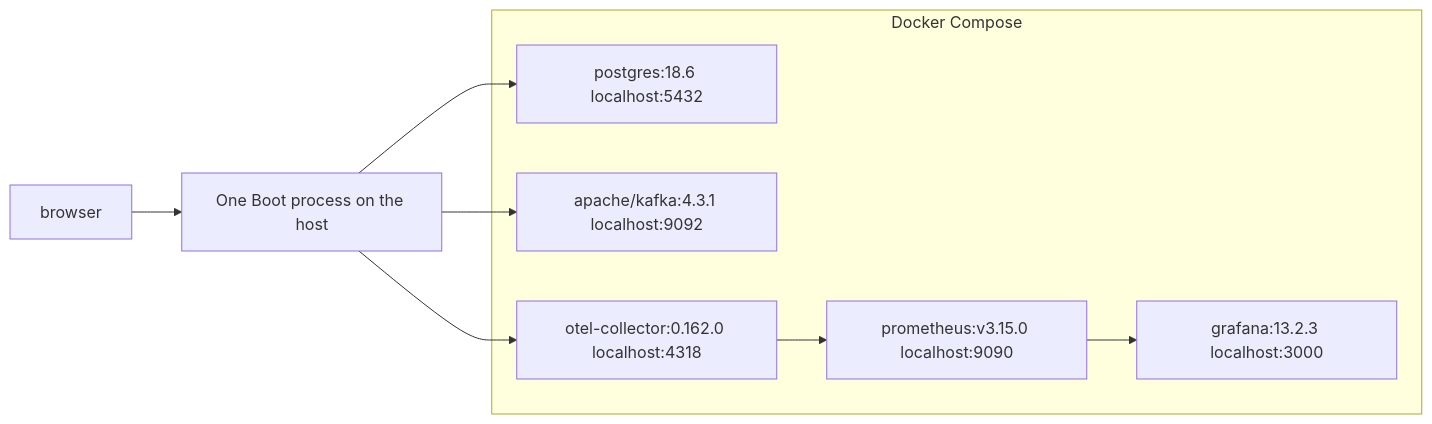
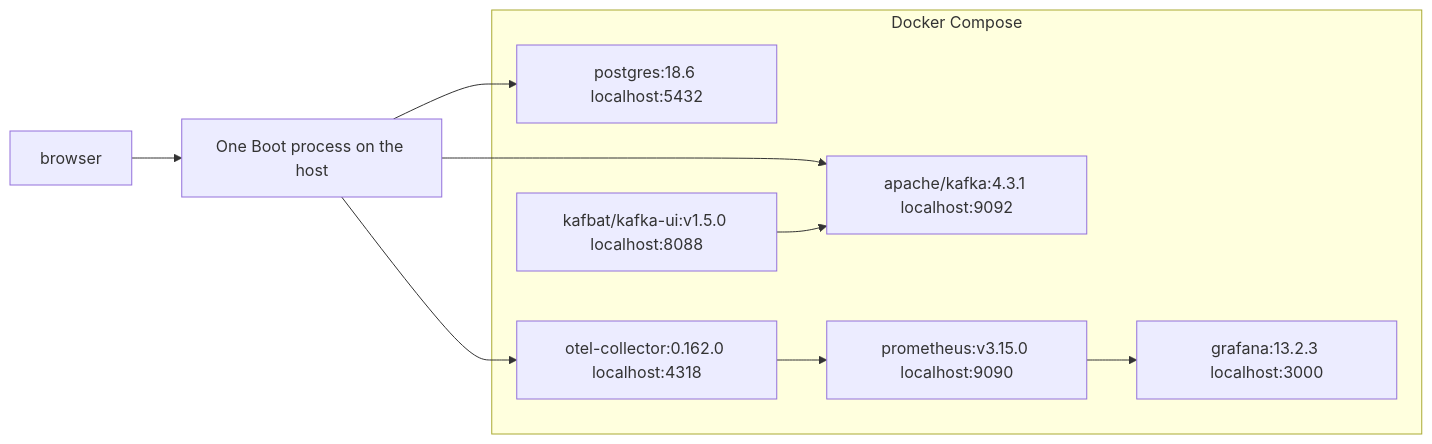
One commit to kevrsc/flashsale changed the second of 4 diagrams in _bmad-output/initiative-flash-sale-inventory/architecture-flash-sale-inventory/architecture-flash-sale-inventory.md. Above: the diagram before and after it, drawn with Mermaid. The commit also changed other lines of this file and 3 other files, not shown here.

````diff
--- a/_bmad-output/initiative-flash-sale-inventory/architecture-flash-sale-inventory/architecture-flash-sale-inventory.md
+++ b/_bmad-output/initiative-flash-sale-inventory/architecture-flash-sale-inventory/architecture-flash-sale-inventory.md
@@ -151,16 +153,18 @@
 ```mermaid
 flowchart LR
   browser --> app["One Boot process on the host"]
   subgraph compose["Docker Compose"]
     pg["postgres:18.6 localhost:5432"]
     kafka["apache/kafka:4.3.1 localhost:9092"]
+    kui["kafbat/kafka-ui:v1.5.0 localhost:8088"]
     otel["otel-collector:0.162.0 localhost:4318"]
     prom["prometheus:v3.15.0 localhost:9090"]
     graf["grafana:13.2.3 localhost:3000"]
   end
   app --> pg
   app --> kafka
+  kui --> kafka
   app --> otel
   otel --> prom
   prom --> graf
 ```
````
